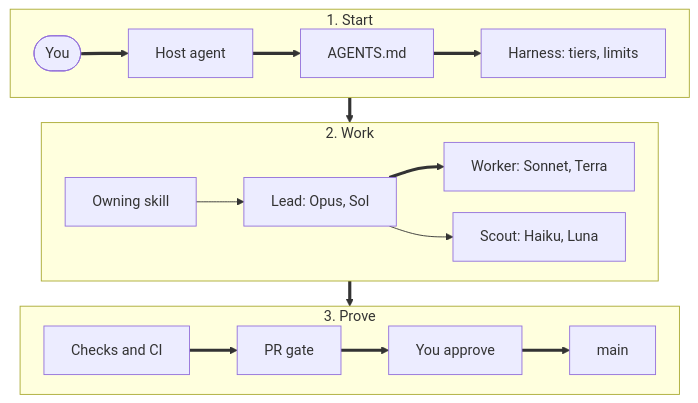
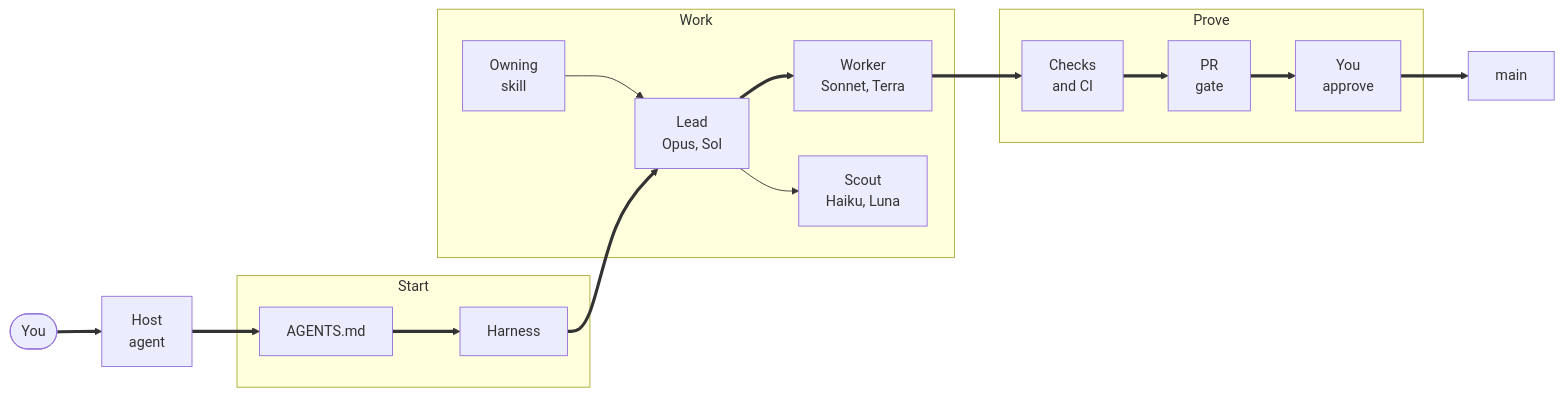
One commit to kinqsradio/orbyn-fullstack-skills changed the first of 3 diagrams in README.md. Above: the diagram before and after it, drawn with Mermaid.

Commit message:
docs(readme): draw the stack as one left-to-right flow
GitHub scales wide diagrams to the page and clips tall ones.

````diff
--- a/README.md
+++ b/README.md
@@ -64,20 +64,21 @@
 ```mermaid
-%%{init: {"flowchart": {"nodeSpacing": 24, "rankSpacing": 28}}}%%
-flowchart TB
+flowchart LR
   accTitle: How Orbyn skills run
-  accDescr: You ask the host agent. AGENTS.md routes the request and the harness resolves tiers and limits. A lead uses the owning skill and briefs scouts and workers. The change then passes checks, the PR gate and your approval before reaching main.
-  subgraph start["1. Start"]
-    direction LR
-    you(["You"]) ==> host["Host agent"] ==> rules["AGENTS.md"] ==> harness["Harness: tiers, limits"]
+  accDescr: You ask the host agent. AGENTS.md and the harness set the rules and limits. A lead uses the owning skill and briefs scouts and workers. The change then passes checks and CI, the PR gate and your approval before reaching main.
+  you(["You"]) ==> host["Host<br/>agent"]
+  subgraph start["Start"]
+    rules["AGENTS.md"] ==> harness["Harness"]
   end
-  subgraph agents["2. Work"]
-    direction LR
-    skill["Owning skill"] --> lead["Lead: Opus, Sol"] ==> worker["Worker: Sonnet, Terra"]
-    lead --> scout["Scout: Haiku, Luna"]
+  subgraph work["Work"]
+    skill["Owning<br/>skill"] --> lead["Lead<br/>Opus, Sol"]
+    lead ==> worker["Worker<br/>Sonnet, Terra"]
+    lead --> scout["Scout<br/>Haiku, Luna"]
   end
-  subgraph merge["3. Prove"]
-    direction LR
-    checks["Checks and CI"] ==> gate["PR gate"] ==> review["You approve"] ==> main["main"]
+  subgraph prove["Prove"]
+    checks["Checks<br/>and CI"] ==> gate["PR<br/>gate"] ==> review["You<br/>approve"]
   end
-  start ==> agents ==> merge
+  host ==> rules
+  harness ==> lead
+  worker ==> checks
+  review ==> main["main"]
 ```
````
